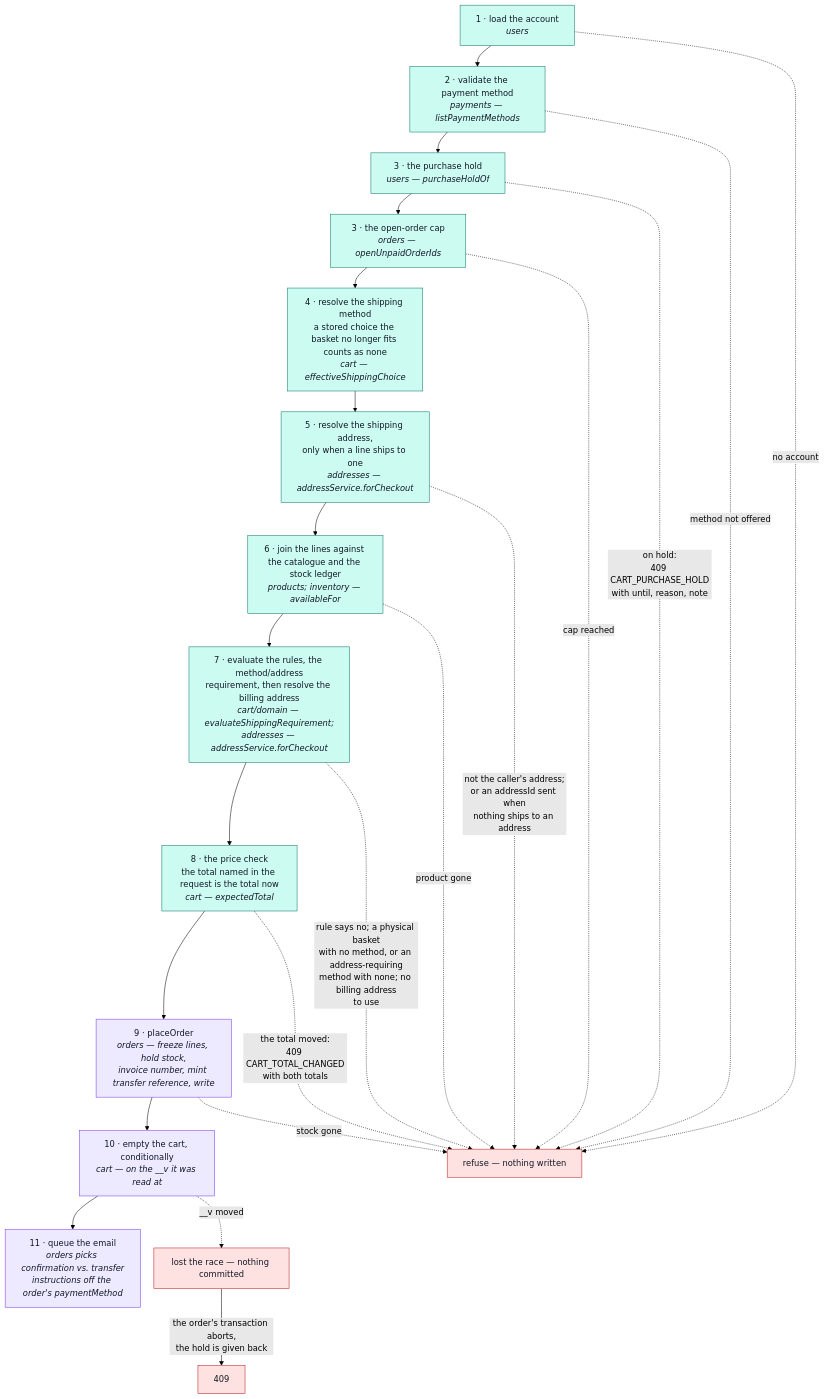
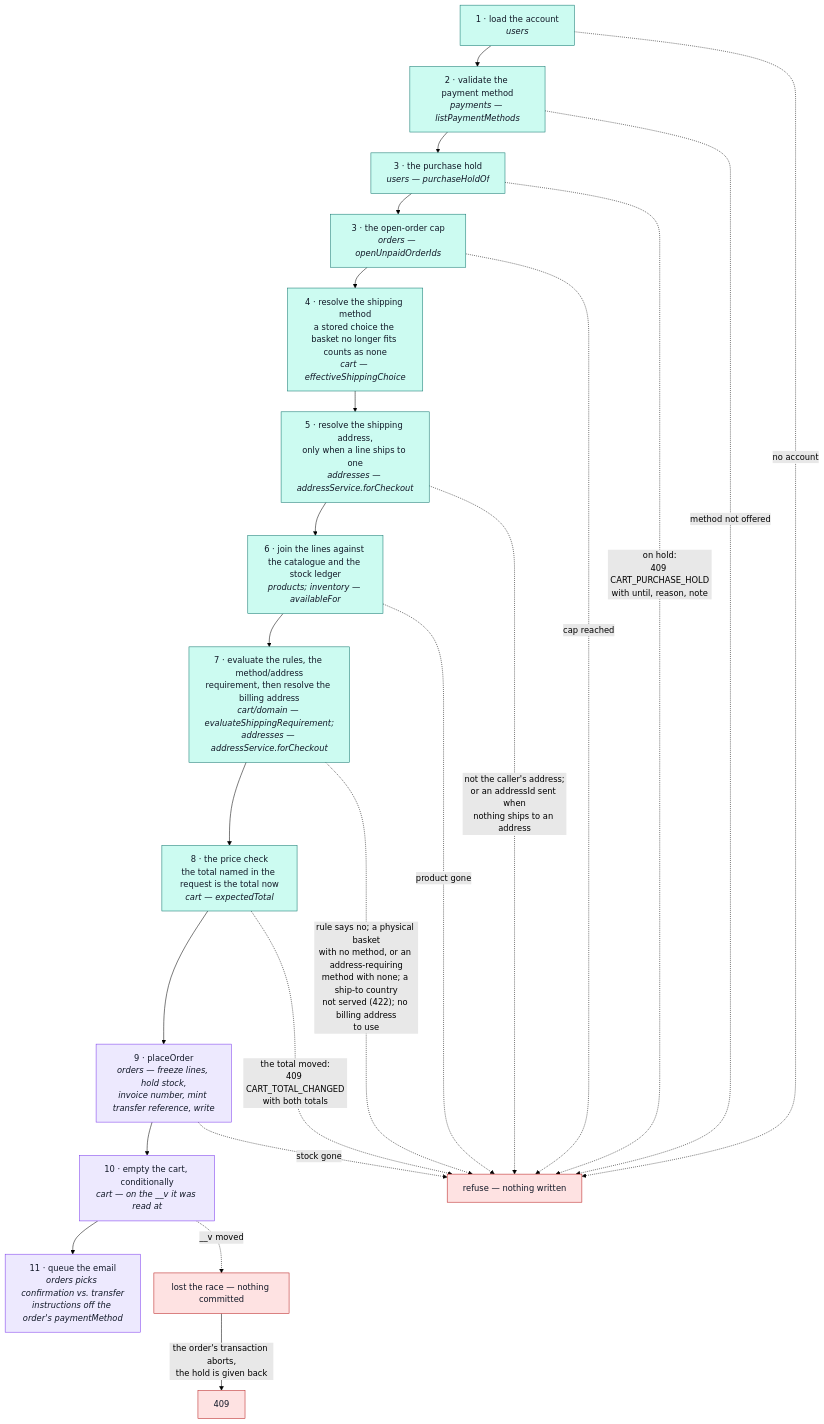
The diagram in docs/modules/cart-checkout.md (Guebbit/boilerplate-node-backend), drawn with Mermaid (forest theme) before and after one commit. The commit also changed other lines of this file and 24 other files, not shown here.

````diff
--- a/docs/modules/cart-checkout.md
+++ b/docs/modules/cart-checkout.md
@@ -25,37 +25,37 @@
 ```mermaid
 %%{init: {'flowchart': {'nodeSpacing': 26, 'rankSpacing': 40}}}%%
 flowchart TD
     A["1 · load the account<br/><i>users</i>"] --> P["2 · validate the payment method<br/><i>payments — listPaymentMethods</i>"]
     P --> K["3 · the purchase hold<br/><i>users — purchaseHoldOf</i>"]
     K --> Q["3 · the open-order cap<br/><i>orders — openUnpaidOrderIds</i>"]
     Q --> B["4 · resolve the shipping method<br/>a stored choice the basket no longer fits counts as none<br/><i>cart — effectiveShippingChoice</i>"]
     B --> C["5 · resolve the shipping address,<br/>only when a line ships to one<br/><i>addresses — addressService.forCheckout</i>"]
     C --> D["6 · join the lines against the catalogue and the stock ledger<br/><i>products; inventory — availableFor</i>"]
     D --> E["7 · evaluate the rules, the method/address<br/>requirement, then resolve the billing address<br/><i>cart/domain — evaluateShippingRequirement;<br/>addresses — addressService.forCheckout</i>"]
     E --> T["8 · the price check<br/>the total named in the request is the total now<br/><i>cart — expectedTotal</i>"]
     T --> F["9 · placeOrder<br/><i>orders — freeze lines, hold stock,<br/>invoice number, mint transfer reference, write</i>"]
     F --> H["10 · empty the cart, conditionally<br/><i>cart — on the __v it was read at</i>"]
     H --> I["11 · queue the email<br/><i>orders picks confirmation vs. transfer<br/>instructions off the order's paymentMethod</i>"]
 
     R["refuse — nothing written"]
     A -.->|"no account"| R
     P -.->|"method not offered"| R
     K -.->|"on hold:<br/>409 CART_PURCHASE_HOLD<br/>with until, reason, note"| R
     Q -.->|"cap reached"| R
         C -.->|"not the caller's address;<br/>or an addressId sent when<br/>nothing ships to an address"| R
     D -.->|"product gone"| R
-    E -.->|"rule says no; a physical basket<br/>with no method, or an address-requiring<br/>method with none; no billing address<br/>to use"| R
+    E -.->|"rule says no; a physical basket<br/>with no method, or an address-requiring<br/>method with none; a ship-to country<br/>not served (422); no billing address<br/>to use"| R
     T -.->|"the total moved:<br/>409 CART_TOTAL_CHANGED<br/>with both totals"| R
     F -.->|"stock gone"| R
 
     L["lost the race — nothing committed"]
     H -.->|"__v moved"| L
     L -->|"the order's transaction aborts,<br/>the hold is given back"| M["409"]
 
     classDef read fill:#ccfbf1,stroke:#0f766e,color:#111827;
     classDef write fill:#ede9fe,stroke:#7c3aed,color:#111827;
     classDef bad fill:#fee2e2,stroke:#b91c1c,color:#111827;
     class A,P,K,Q,B,C,D,E,T read;
     class F,H,I write;
     class R,L,M bad;
 ```
````
